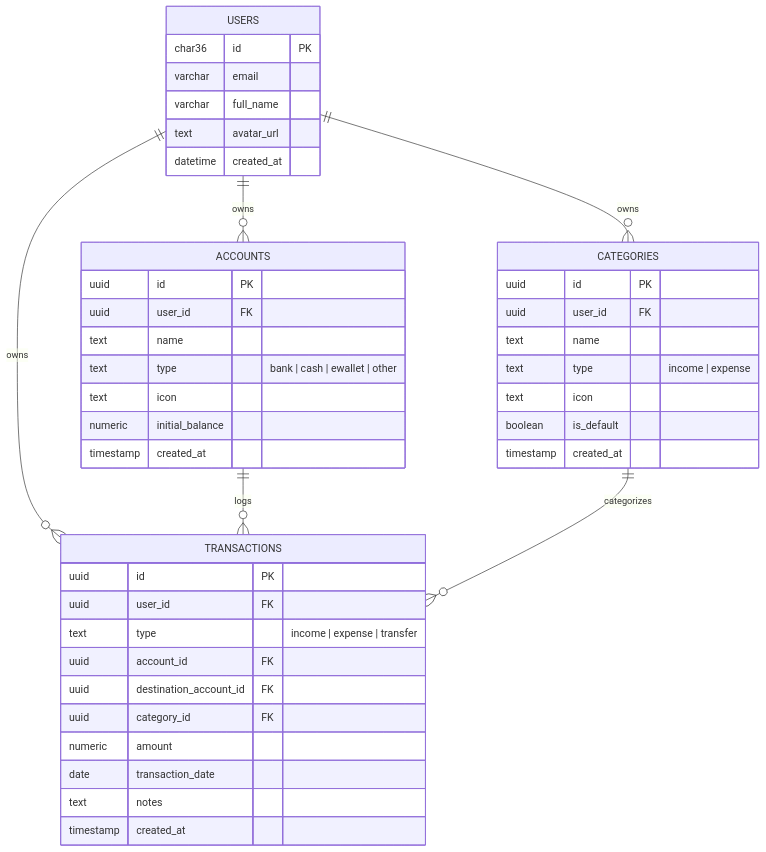
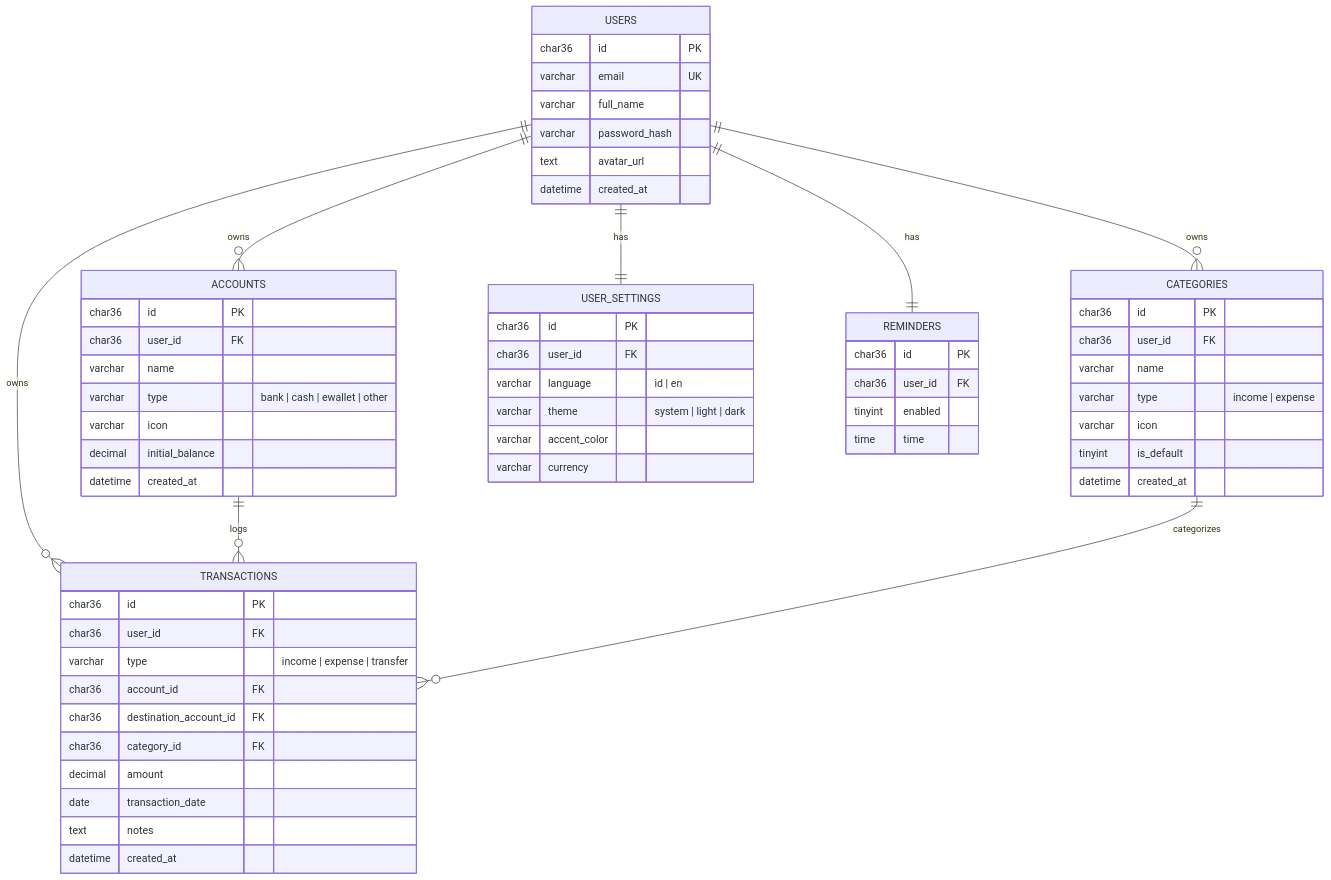
The diagram in README.md (dappahsn/Fintracks), drawn with Mermaid before and after one commit. The commit also changed other lines of this file and 1 other file, not shown here.

````diff
--- a/README.md
+++ b/README.md
@@ -151,49 +174,68 @@
 ```mermaid
 erDiagram
     USERS ||--o{ ACCOUNTS : owns
     USERS ||--o{ CATEGORIES : owns
     USERS ||--o{ TRANSACTIONS : owns
+    USERS ||--|| USER_SETTINGS : has
+    USERS ||--|| REMINDERS : has
     ACCOUNTS ||--o{ TRANSACTIONS : logs
     CATEGORIES ||--o{ TRANSACTIONS : categorizes
 
     USERS {
         char36 id PK
-        varchar email
+        varchar email UK
         varchar full_name
+        varchar password_hash
         text avatar_url
         datetime created_at
     }
 
     ACCOUNTS {
-        uuid id PK
-        uuid user_id FK
-        text name
-        text type "bank | cash | ewallet | other"
-        text icon
-        numeric initial_balance
-        timestamp created_at
+        char36 id PK
+        char36 user_id FK
+        varchar name
+        varchar type "bank | cash | ewallet | other"
+        varchar icon
+        decimal initial_balance
+        datetime created_at
     }
 
     CATEGORIES {
-        uuid id PK
-        uuid user_id FK
-        text name
-        text type "income | expense"
-        text icon
-        boolean is_default
-        timestamp created_at
+        char36 id PK
+        char36 user_id FK
+        varchar name
+        varchar type "income | expense"
+        varchar icon
+        tinyint is_default
+        datetime created_at
     }
 
     TRANSACTIONS {
-        uuid id PK
-        uuid user_id FK
-        text type "income | expense | transfer"
-        uuid account_id FK
-        uuid destination_account_id FK
-        uuid category_id FK
-        numeric amount
+        char36 id PK
+        char36 user_id FK
+        varchar type "income | expense | transfer"
+        char36 account_id FK
+        char36 destination_account_id FK
+        char36 category_id FK
+        decimal amount
         date transaction_date
         text notes
-        timestamp created_at
+        datetime created_at
+    }
+
+    USER_SETTINGS {
+        char36 id PK
+        char36 user_id FK
+        varchar language "id | en"
+        varchar theme "system | light | dark"
+        varchar accent_color
+        varchar currency
+    }
+
+    REMINDERS {
+        char36 id PK
+        char36 user_id FK
+        tinyint enabled
+        time time
     }
 ```
````
